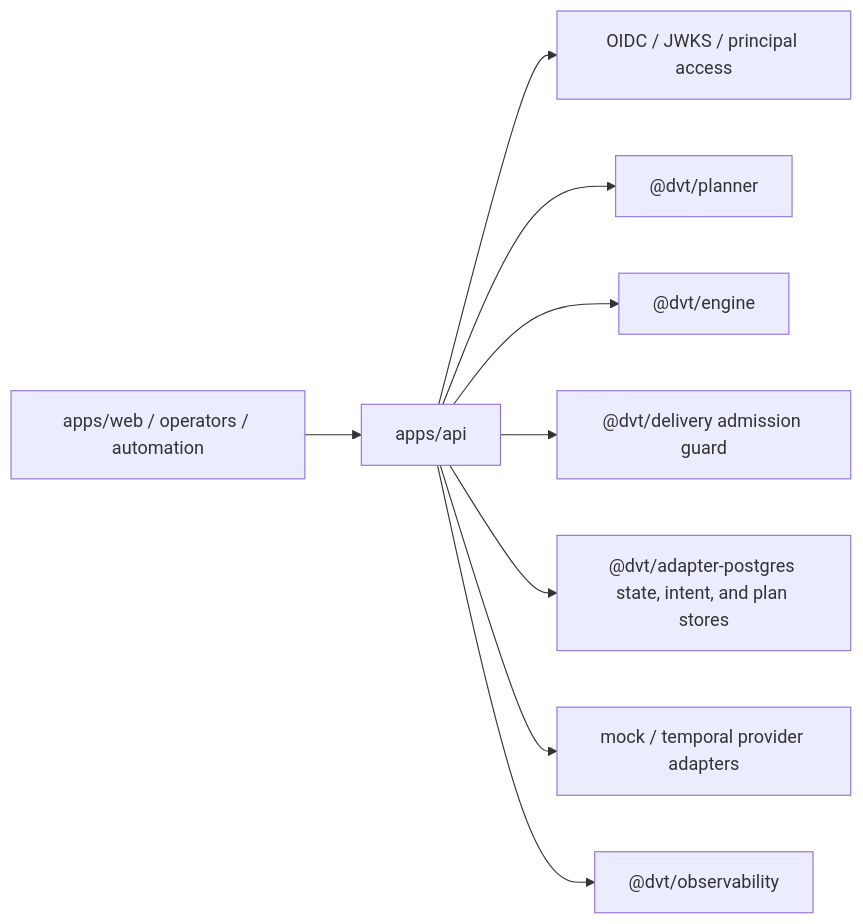
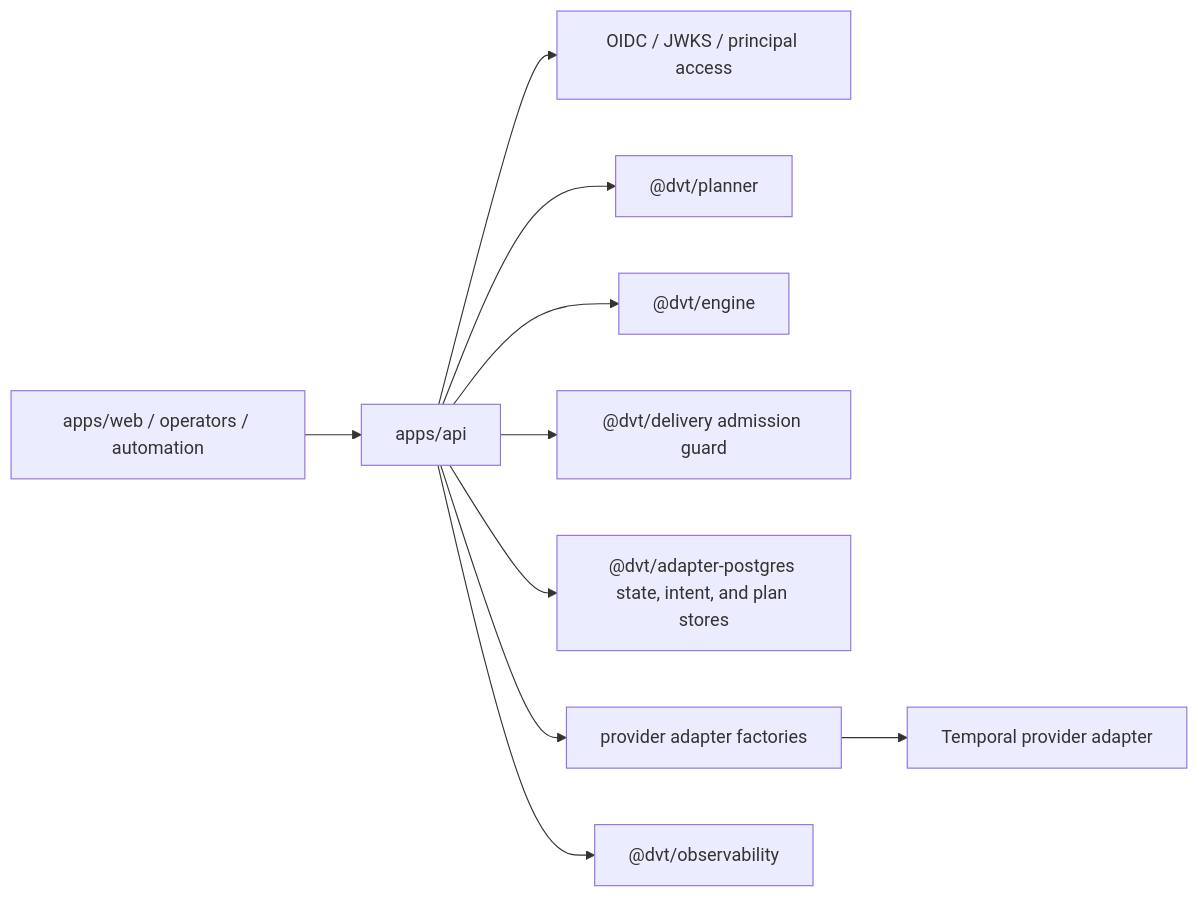
The diagram in docs/architecture/components/api/index.md (dunay2/dvt), drawn with Mermaid before and after one commit. The commit also changed 43 other files, not shown here.

Commit message:
fix(api): Separate Temporal construction behind adapter factory

````diff
--- a/docs/architecture/components/api/index.md
+++ b/docs/architecture/components/api/index.md
@@ -27,11 +27,12 @@
 ```mermaid
 flowchart LR
   Clients["apps/web / operators / automation"] --> API["apps/api"]
   API --> Auth["OIDC / JWKS / principal access"]
   API --> Planner["@dvt/planner"]
   API --> Engine["@dvt/engine"]
   API --> Delivery["@dvt/delivery admission guard"]
   API --> Postgres["@dvt/adapter-postgres state, intent, and plan stores"]
-  API --> Providers["mock / temporal provider adapters"]
+  API --> Providers["provider adapter factories"]
+  Providers --> Temporal["Temporal provider adapter"]
   API --> Observability["@dvt/observability"]
 ```
````
